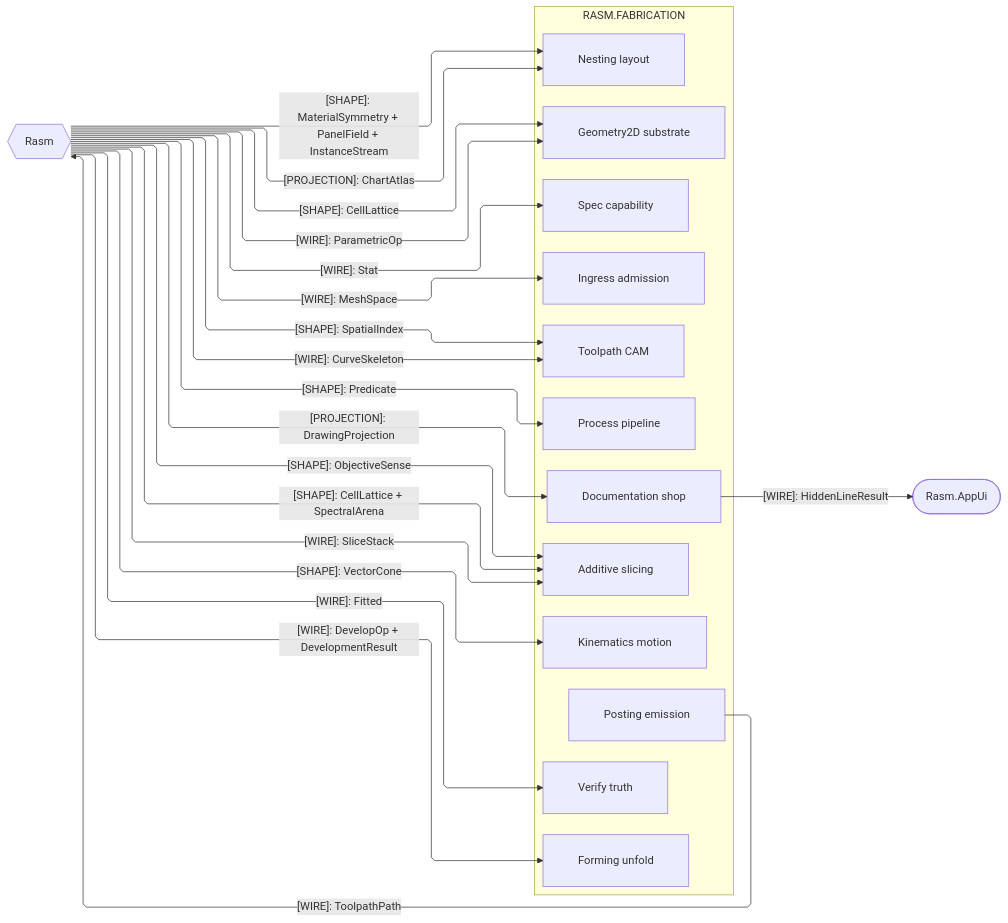
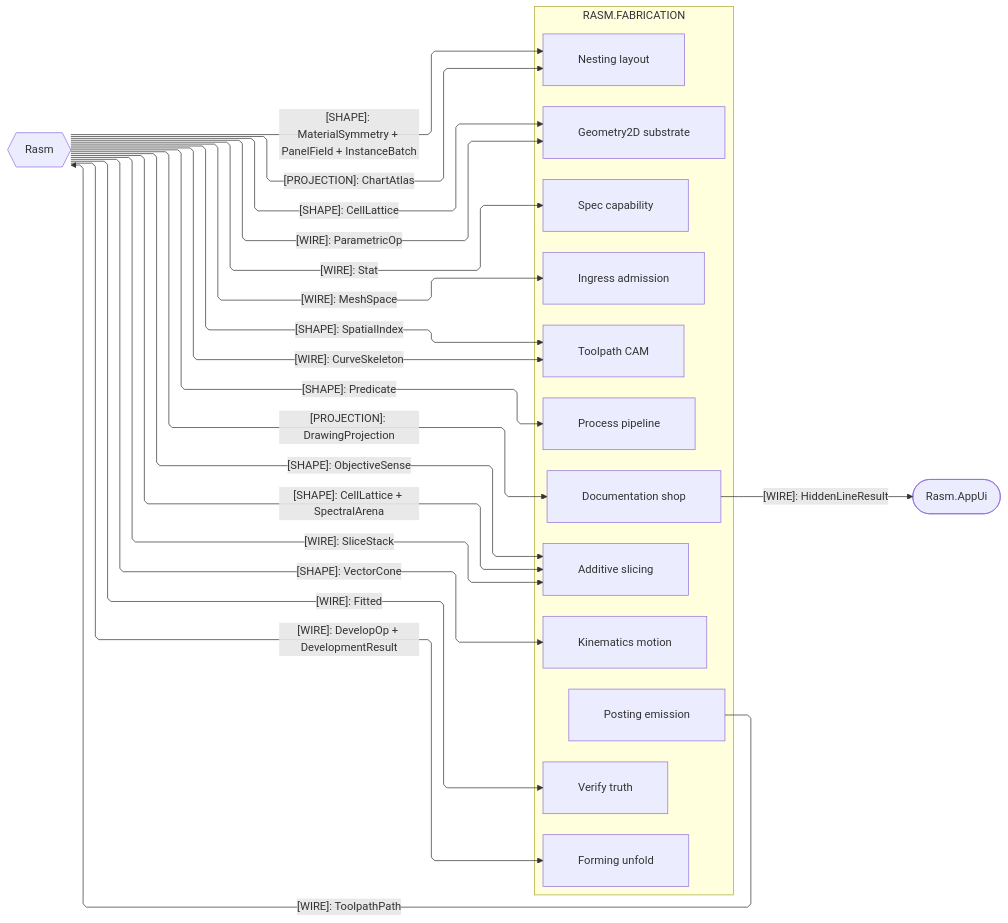
One commit to bsamiee/Rasm changed the third of 4 diagrams in libs/dotnet/Rasm.Fabrication/ARCHITECTURE.md. Above: the diagram before and after it, drawn with Mermaid. The commit also changed other lines of this file and 47 other files, not shown here.

````diff
--- a/libs/dotnet/Rasm.Fabrication/ARCHITECTURE.md
+++ b/libs/dotnet/Rasm.Fabrication/ARCHITECTURE.md
@@ -225,46 +225,46 @@
 ```mermaid
 ---
 config:
   layout: elk
   flowchart:
     curve: linear
     padding: 25
 ---
 flowchart LR
     accTitle: Fabrication kernel and platform interfaces
     accDescr: Which contracts cross between Fabrication, the kernel substrate, and the app-platform UI, one labeled edge per family.
     subgraph fabrication[RASM.FABRICATION]
         Process[Process pipeline]
         Ingress[Ingress admission]
         Geometry2D[Geometry2D substrate]
         Toolpath[Toolpath CAM]
         Additive[Additive slicing]
         Forming[Forming unfold]
         Kinematics[Kinematics motion]
         Nesting[Nesting layout]
         Spec[Spec capability]
         Verify[Verify truth]
         Documentation[Documentation shop]
         Posting[Posting emission]
     end
     Rasm{{Rasm}}
     AppUi([Rasm.AppUi])
     Rasm e1@-->|"[SHAPE]: Predicate"| Process
     Rasm e2@-->|"[WIRE]: MeshSpace"| Ingress
     Rasm e3@-->|"[WIRE]: ParametricOp"| Geometry2D
     Rasm e4@-->|"[WIRE]: CurveSkeleton"| Toolpath
     Rasm e5@-->|"[WIRE]: SliceStack"| Additive
     Rasm e6@-->|"[WIRE]: DevelopOp + DevelopmentResult"| Forming
     Rasm e7@-->|"[SHAPE]: VectorCone"| Kinematics
     Rasm e8@-->|"[PROJECTION]: ChartAtlas"| Nesting
     Rasm e9@-->|"[WIRE]: Stat"| Spec
     Rasm e10@-->|"[WIRE]: Fitted"| Verify
     Rasm e11@-->|"[PROJECTION]: DrawingProjection"| Documentation
     Posting e12@-->|"[WIRE]: ToolpathPath"| Rasm
     Documentation e13@-->|"[WIRE]: HiddenLineResult"| AppUi
     Rasm e14@-->|"[SHAPE]: SpatialIndex"| Toolpath
     Rasm e15@-->|"[SHAPE]: CellLattice + SpectralArena"| Additive
     Rasm e16@-->|"[SHAPE]: CellLattice"| Geometry2D
     Rasm e17@-->|"[SHAPE]: ObjectiveSense"| Additive
-    Rasm e18@-->|"[SHAPE]: MaterialSymmetry + PanelField + InstanceStream"| Nesting
+    Rasm e18@-->|"[SHAPE]: MaterialSymmetry + PanelField + InstanceBatch"| Nesting
 ```
````
